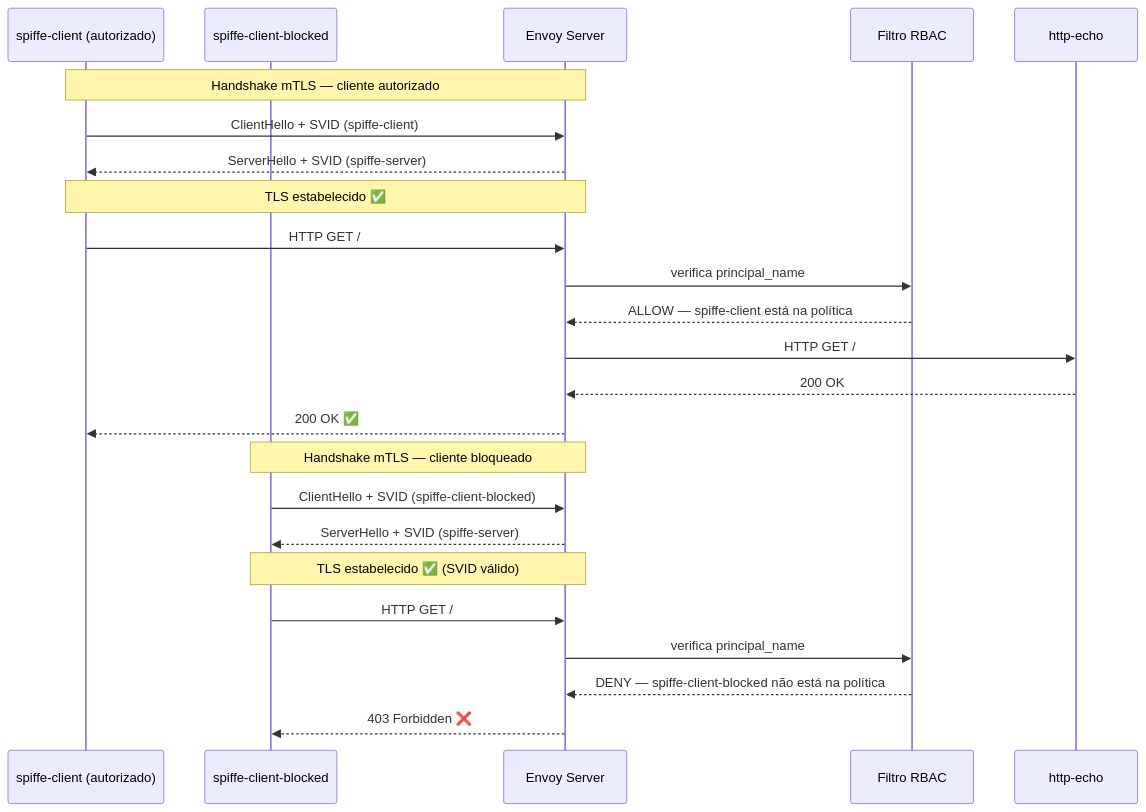
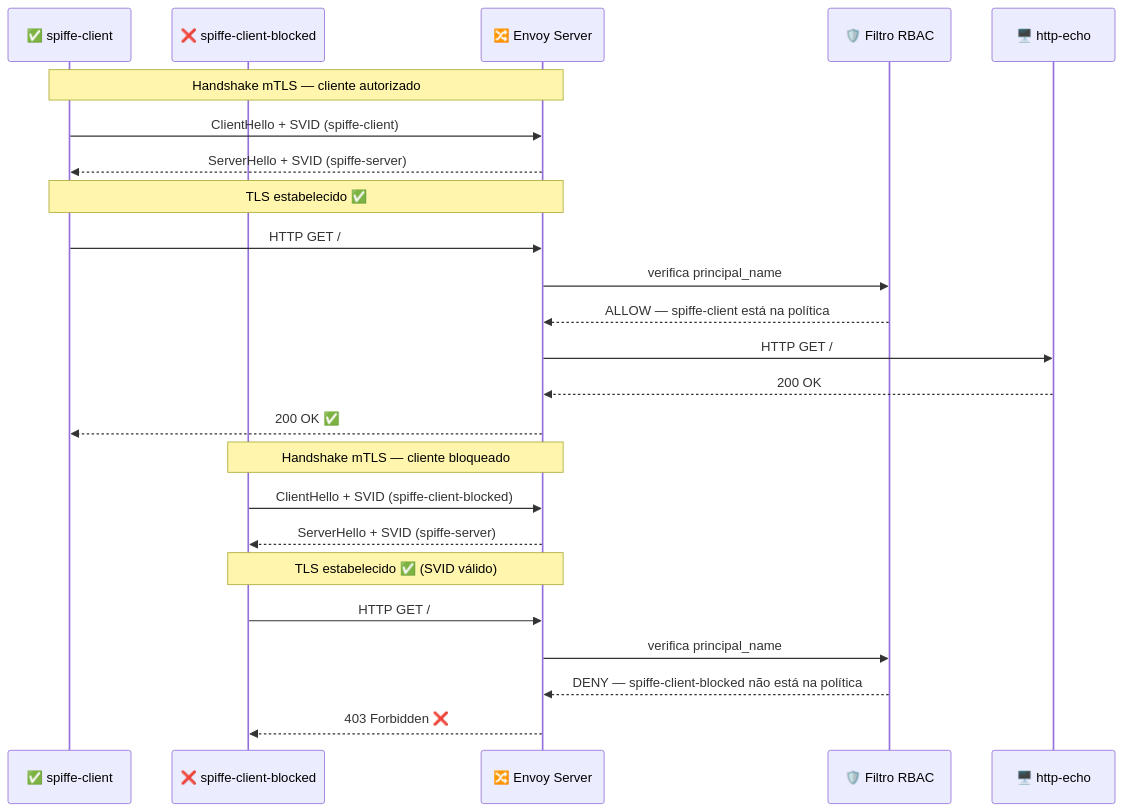
One commit to glmrleite/spiffe-spire-workload-identity-lab changed the second of 2 diagrams in lab03-spiffe-id-authorization/README_lab03.md. Above: the diagram before and after it, drawn with Mermaid. The commit also changed other lines of this file and 3 other files, not shown here.

````diff
--- a/lab03-spiffe-id-authorization/README_lab03.md
+++ b/lab03-spiffe-id-authorization/README_lab03.md
@@ -105,30 +105,30 @@
 ```mermaid
 sequenceDiagram
-    participant CA as spiffe-client (autorizado)
-    participant CB as spiffe-client-blocked
-    participant ES as Envoy Server
-    participant RBAC as Filtro RBAC
-    participant APP as http-echo
+    participant CA as ✅ spiffe-client
+    participant CB as ❌ spiffe-client-blocked
+    participant ES as 🔀 Envoy Server
+    participant RBAC as 🛡️ Filtro RBAC
+    participant APP as 🖥️ http-echo
 
     Note over CA,ES: Handshake mTLS — cliente autorizado
     CA->>ES: ClientHello + SVID (spiffe-client)
     ES-->>CA: ServerHello + SVID (spiffe-server)
     Note over CA,ES: TLS estabelecido ✅
 
     CA->>ES: HTTP GET /
     ES->>RBAC: verifica principal_name
     RBAC-->>ES: ALLOW — spiffe-client está na política
     ES->>APP: HTTP GET /
     APP-->>ES: 200 OK
     ES-->>CA: 200 OK ✅
 
     Note over CB,ES: Handshake mTLS — cliente bloqueado
     CB->>ES: ClientHello + SVID (spiffe-client-blocked)
     ES-->>CB: ServerHello + SVID (spiffe-server)
     Note over CB,ES: TLS estabelecido ✅ (SVID válido)
 
     CB->>ES: HTTP GET /
     ES->>RBAC: verifica principal_name
     RBAC-->>ES: DENY — spiffe-client-blocked não está na política
     ES-->>CB: 403 Forbidden ❌
 ```
````
